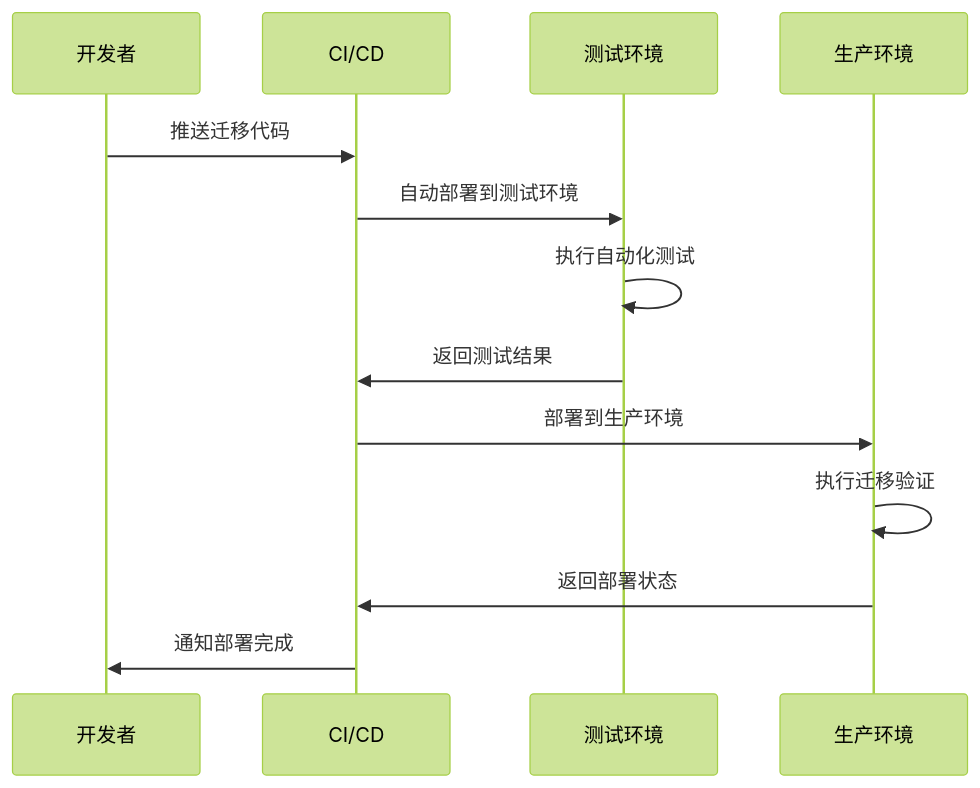
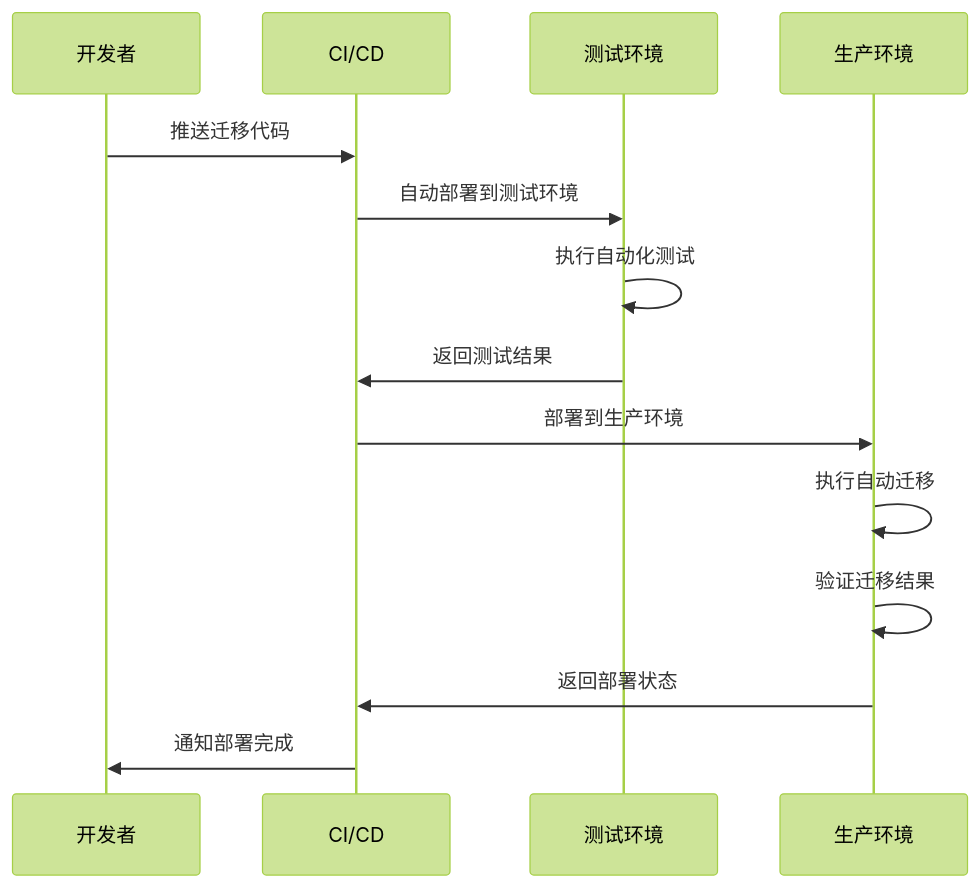
Diagram 25 of 27 in .qoder/repowiki/zh/content/数据库设计/数据库迁移管理.md (mcmrzy/cs_inv_monitor-develop), drawn with Mermaid (forest theme) before and after one commit. The commit also changed other lines of this file and 28 other files, not shown here.

````diff
--- a/.qoder/repowiki/zh/content/数据库设计/数据库迁移管理.md
+++ b/.qoder/repowiki/zh/content/数据库设计/数据库迁移管理.md
@@ -841,15 +1005,16 @@
 ```mermaid
 sequenceDiagram
 participant Dev as 开发者
 participant CI as CI/CD
 participant Test as 测试环境
 participant Prod as 生产环境
 Dev->>CI : 推送迁移代码
 CI->>Test : 自动部署到测试环境
 Test->>Test : 执行自动化测试
 Test->>CI : 返回测试结果
 CI->>Prod : 部署到生产环境
-Prod->>Prod : 执行迁移验证
+Prod->>Prod : 执行自动迁移
+Prod->>Prod : 验证迁移结果
 Prod->>CI : 返回部署状态
 CI->>Dev : 通知部署完成
 ```
````
